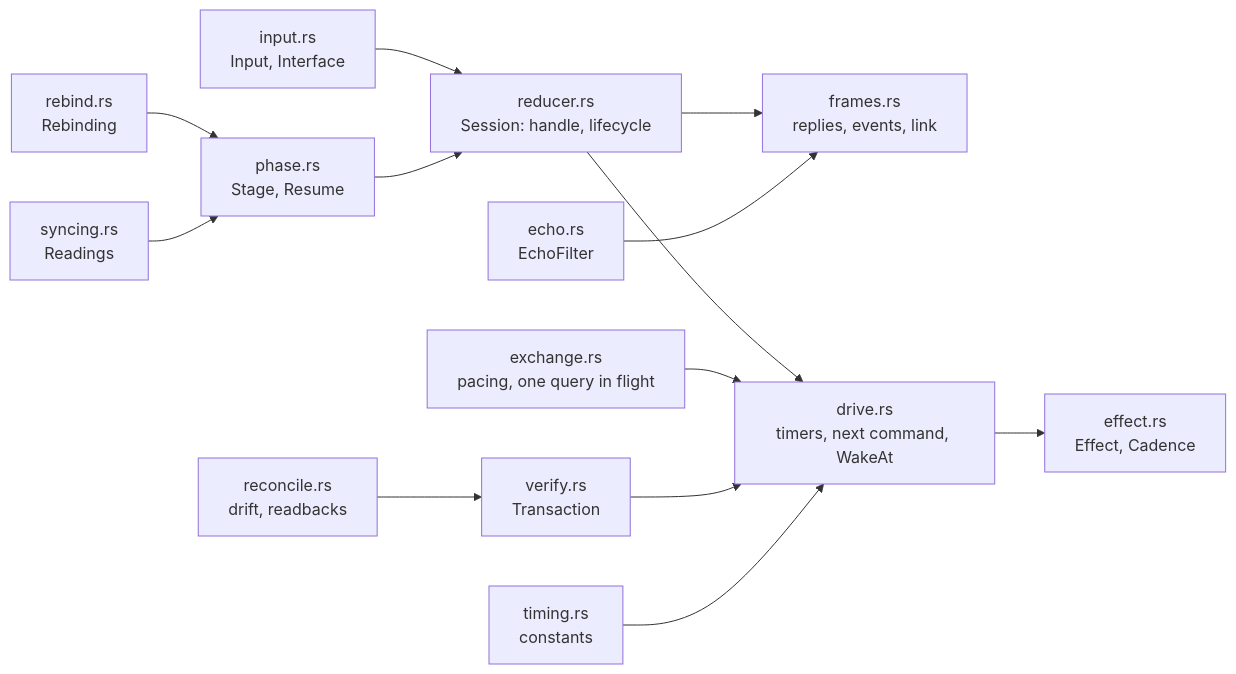
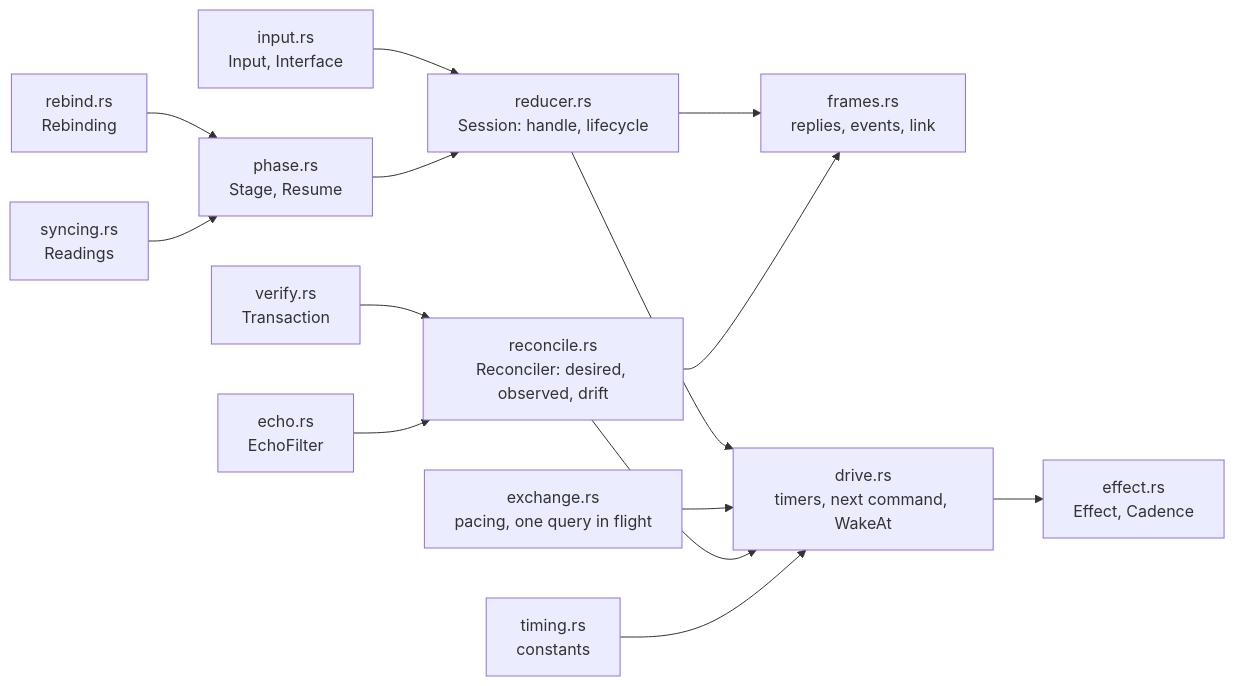
Before and after one commit to marcelogm/arctis-companion: the first of 5 diagrams in docs/architecture/session.md, drawn with Mermaid. The commit also changed other lines of this file and 16 other files, not shown here.

````diff
--- a/docs/architecture/session.md
+++ b/docs/architecture/session.md
@@ -11,15 +11,16 @@
 ```mermaid
 flowchart LR
     input["input.rs<br/>Input, Interface"] --> reducer["reducer.rs<br/>Session: handle, lifecycle"]
     reducer --> frames["frames.rs<br/>replies, events, link"]
     reducer --> drive["drive.rs<br/>timers, next command, WakeAt"]
     phase["phase.rs<br/>Stage, Resume"] --> reducer
     rebind["rebind.rs<br/>Rebinding"] --> phase
     syncing["syncing.rs<br/>Readings"] --> phase
     exchange["exchange.rs<br/>pacing, one query in flight"] --> drive
-    reconcile["reconcile.rs<br/>drift, readbacks"] --> verify["verify.rs<br/>Transaction"]
-    verify --> drive
-    echo["echo.rs<br/>EchoFilter"] --> frames
+    verify["verify.rs<br/>Transaction"] --> reconcile["reconcile.rs<br/>Reconciler: desired, observed, drift"]
+    echo["echo.rs<br/>EchoFilter"] --> reconcile
+    reconcile --> drive
+    reconcile --> frames
     timing["timing.rs<br/>constants"] --> drive
     drive --> effect["effect.rs<br/>Effect, Cadence"]
 ```
````
